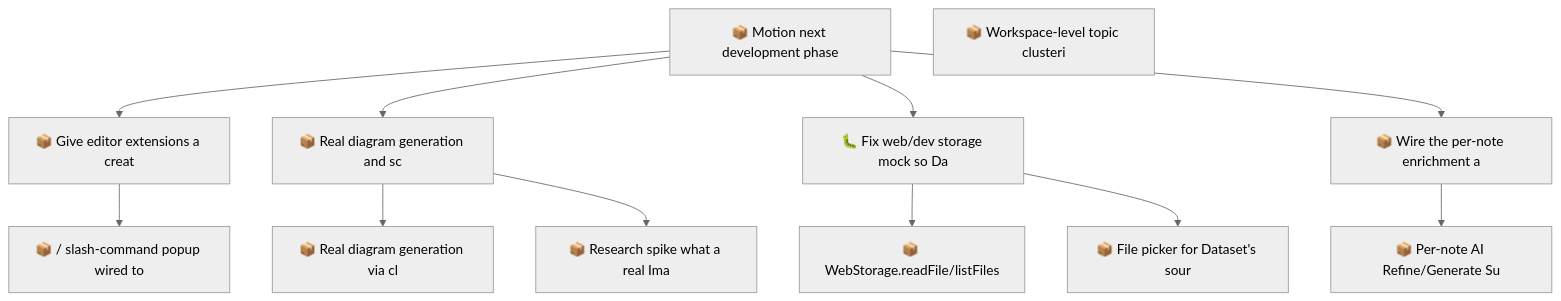
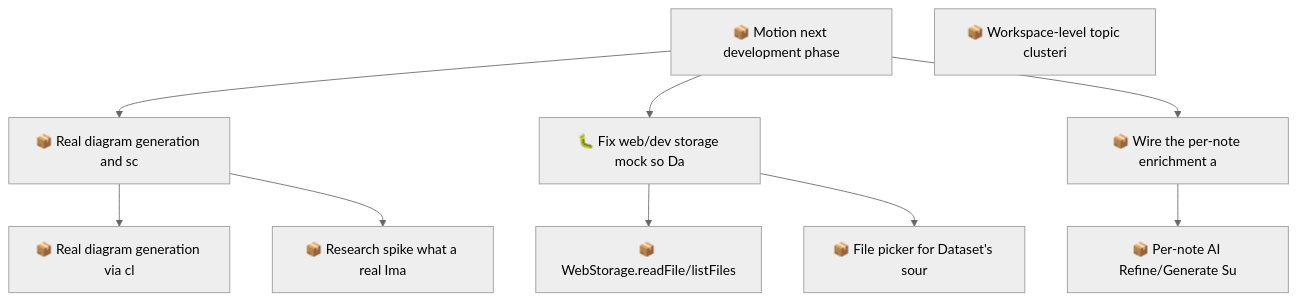
Before and after one commit to SpillwaveSolutions/motion: the second of 2 diagrams in docs/roadmap.md, drawn with Mermaid (neutral theme). The commit also changed other lines of this file and 12 other files, not shown here.

````diff
--- a/docs/roadmap.md
+++ b/docs/roadmap.md
@@ -84,25 +72,21 @@
 ```mermaid
 graph TD
-    01KYFZ6RBHA5DRP85QQ0EHTAJ6["📦 Give editor extensions a creat"]
     01KYFZ6RBHABFSC9K9NJ90168Q["📦 Motion next development phase"]
-    01KYFZ6RBHBTXGWG8HREAG8AG9["📦 / slash-command popup wired to"]
     01KYFZ6RBJ18SB2ZCSFK06BNJ2["📦 WebStorage.readFile/listFiles"]
     01KYFZ6RBJ5718M3GQPAB76RHS["📦 Real diagram generation and sc"]
     01KYFZ6RBJC07FEQ0FT0KQ302M["🐛 Fix web/dev storage mock so Da"]
     01KYFZ6RBJCWMMF7THJZFB6943["📦 Real diagram generation via cl"]
     01KYFZ6RBJEYPZ9RX0F86490TM["📦 Research spike what a real Ima"]
     01KYFZ6RBJT7FG0G30WYS3YF6Q["📦 File picker for Dataset's sour"]
     01KYFZ6RBJV920SFW0MAN9MX9J["📦 Wire the per-note enrichment a"]
     01KYFZ6RBJZNYDT9AK2V0RA11T["📦 Per-note AI Refine/Generate Su"]
     01KYFZ8RGR06XBSG9CH4TEWYJY["📦 Workspace-level topic clusteri"]
-    01KYFZ6RBHABFSC9K9NJ90168Q --> 01KYFZ6RBHA5DRP85QQ0EHTAJ6
-    01KYFZ6RBHA5DRP85QQ0EHTAJ6 --> 01KYFZ6RBHBTXGWG8HREAG8AG9
     01KYFZ6RBJC07FEQ0FT0KQ302M --> 01KYFZ6RBJ18SB2ZCSFK06BNJ2
     01KYFZ6RBHABFSC9K9NJ90168Q --> 01KYFZ6RBJ5718M3GQPAB76RHS
     01KYFZ6RBHABFSC9K9NJ90168Q --> 01KYFZ6RBJC07FEQ0FT0KQ302M
     01KYFZ6RBJ5718M3GQPAB76RHS --> 01KYFZ6RBJCWMMF7THJZFB6943
     01KYFZ6RBJ5718M3GQPAB76RHS --> 01KYFZ6RBJEYPZ9RX0F86490TM
     01KYFZ6RBJC07FEQ0FT0KQ302M --> 01KYFZ6RBJT7FG0G30WYS3YF6Q
     01KYFZ6RBHABFSC9K9NJ90168Q --> 01KYFZ6RBJV920SFW0MAN9MX9J
     01KYFZ6RBJV920SFW0MAN9MX9J --> 01KYFZ6RBJZNYDT9AK2V0RA11T
 ```
````
